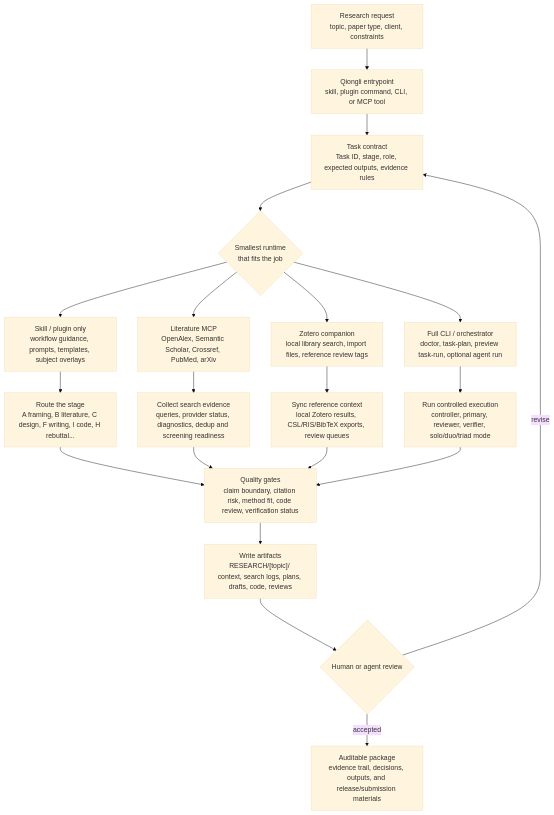
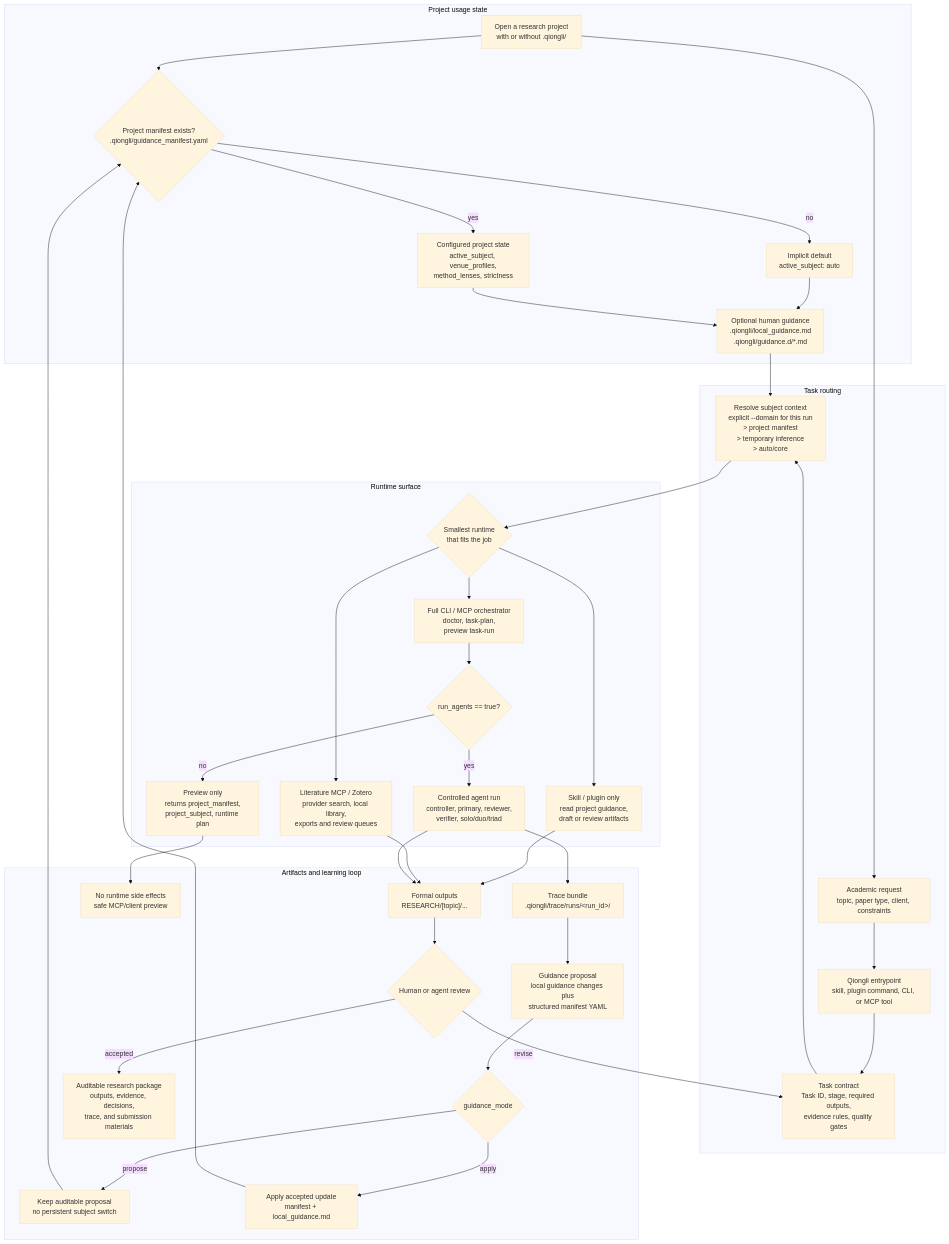
One commit to jxpeng98/qiongli changed the diagram in README.md. Above: the diagram before and after it, drawn with Mermaid (base theme). The commit also changed other lines of this file and 2 other files, not shown here.

Commit message:
docs(readme): align project guidance diagrams

````diff
--- a/README.md
+++ b/README.md
@@ -69,26 +69,48 @@
 ```mermaid
-flowchart TD
-    A["Research request<br/>topic, paper type, client, constraints"] --> B["Qiongli entrypoint<br/>skill, plugin command, CLI, or MCP tool"]
-    B --> C["Task contract<br/>Task ID, stage, role, expected outputs, evidence rules"]
-    C --> D{"Smallest runtime<br/>that fits the job"}
+flowchart TB
+    subgraph Project["Project usage state"]
+        A["Open a research project<br/>with or without .qiongli/"]
+        A --> B{"Project manifest exists?<br/>.qiongli/guidance_manifest.yaml"}
+        B -->|no| C["Implicit default<br/>active_subject: auto"]
+        B -->|yes| D["Configured project state<br/>active_subject, venue_profiles,<br/>method_lenses, strictness"]
+        C --> E["Optional human guidance<br/>.qiongli/local_guidance.md<br/>.qiongli/guidance.d/*.md"]
+        D --> E
+    end
 
-    D --> E["Skill / plugin only<br/>workflow guidance, prompts, templates, subject overlays"]
-    D --> F["Literature MCP<br/>OpenAlex, Semantic Scholar, Crossref, PubMed, arXiv"]
-    D --> G["Zotero companion<br/>local library search, import files, reference review tags"]
-    D --> H["Full CLI / orchestrator<br/>doctor, task-plan, preview task-run, optional agent run"]
+    subgraph Request["Task routing"]
+        F["Academic request<br/>topic, paper type, client, constraints"]
+        F --> G["Qiongli entrypoint<br/>skill, plugin command, CLI, or MCP tool"]
+        G --> H["Task contract<br/>Task ID, stage, required outputs,<br/>evidence rules, quality gates"]
+        H --> I["Resolve subject context<br/>explicit --domain for this run<br/>&gt; project manifest<br/>&gt; temporary inference<br/>&gt; auto/core"]
+    end
 
-    E --> I["Route the stage<br/>A framing, B literature, C design, F writing, I code, H rebuttal..."]
-    F --> J["Collect search evidence<br/>queries, provider status, diagnostics, dedup and screening readiness"]
-    G --> K["Sync reference context<br/>local Zotero results, CSL/RIS/BibTeX exports, review queues"]
-    H --> L["Run controlled execution<br/>controller, primary, reviewer, verifier, solo/duo/triad mode"]
+    A --> F
+    E --> I
 
-    I --> M["Quality gates<br/>claim boundary, citation risk, method fit, code review, verification status"]
-    J --> M
-    K --> M
-    L --> M
+    subgraph Runtime["Runtime surface"]
+        I --> J{"Smallest runtime<br/>that fits the job"}
+        J --> K["Skill / plugin only<br/>read project guidance,<br/>draft or review artifacts"]
+        J --> L["Literature MCP / Zotero<br/>provider search, local library,<br/>exports and review queues"]
+        J --> M["Full CLI / MCP orchestrator<br/>doctor, task-plan,<br/>preview task-run"]
+        M --> N{"run_agents == true?"}
+        N -->|no| O["Preview only<br/>returns project_manifest,<br/>project_subject, runtime plan"]
+        N -->|yes| P["Controlled agent run<br/>controller, primary, reviewer,<br/>verifier, solo/duo/triad"]
+    end
 
-    M --> N["Write artifacts<br/>RESEARCH/[topic]/ context, search logs, plans, drafts, code, reviews"]
-    N --> O{"Human or agent review"}
-    O -->|revise| C
-    O -->|accepted| P["Auditable package<br/>evidence trail, decisions, outputs, and release/submission materials"]
+    subgraph Outputs["Artifacts and learning loop"]
+        K --> Q["Formal outputs<br/>RESEARCH/[topic]/..."]
+        L --> Q
+        O --> R["No runtime side effects<br/>safe MCP/client preview"]
+        P --> Q
+        P --> S["Trace bundle<br/>.qiongli/trace/runs/&lt;run_id&gt;/"]
+        S --> T["Guidance proposal<br/>local guidance changes plus<br/>structured manifest YAML"]
+        T --> U{"guidance_mode"}
+        U -->|propose| V["Keep auditable proposal<br/>no persistent subject switch"]
+        U -->|apply| W["Apply accepted update<br/>manifest + local_guidance.md"]
+        W --> B
+        V --> B
+        Q --> X{"Human or agent review"}
+        X -->|revise| H
+        X -->|accepted| Y["Auditable research package<br/>outputs, evidence, decisions,<br/>trace, and submission materials"]
+    end
 ```
````
